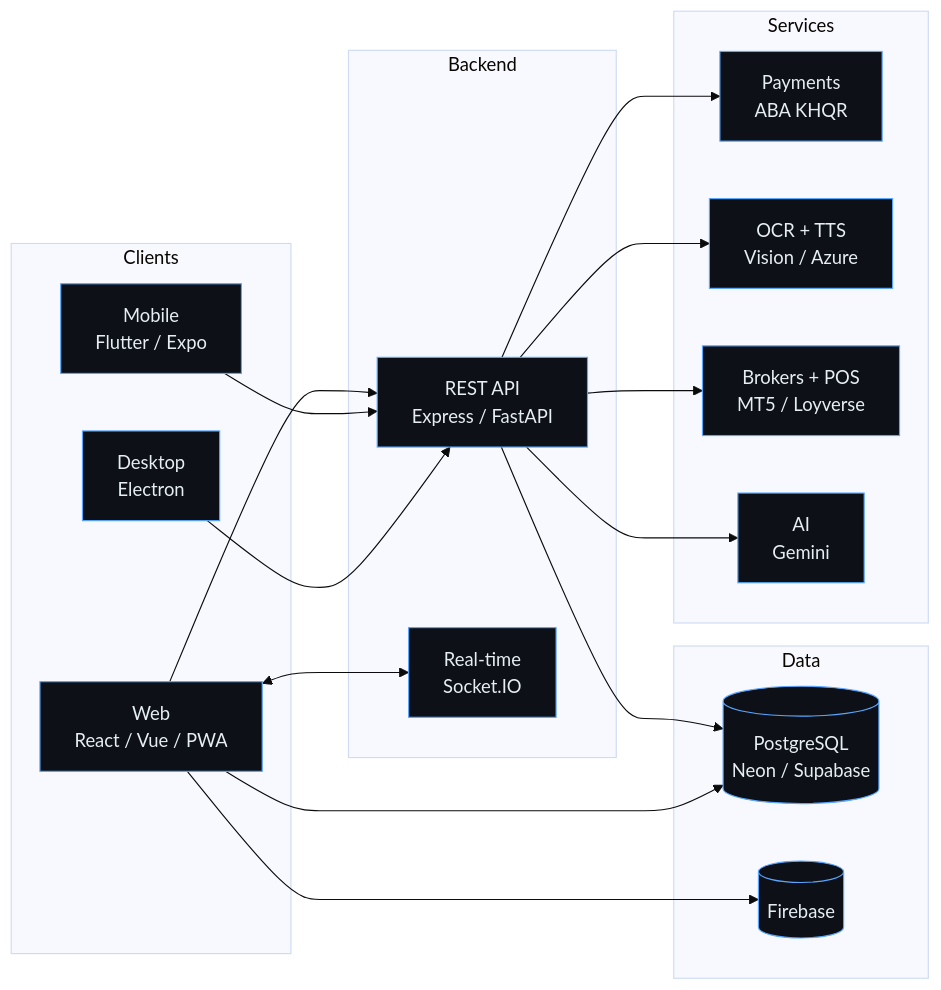
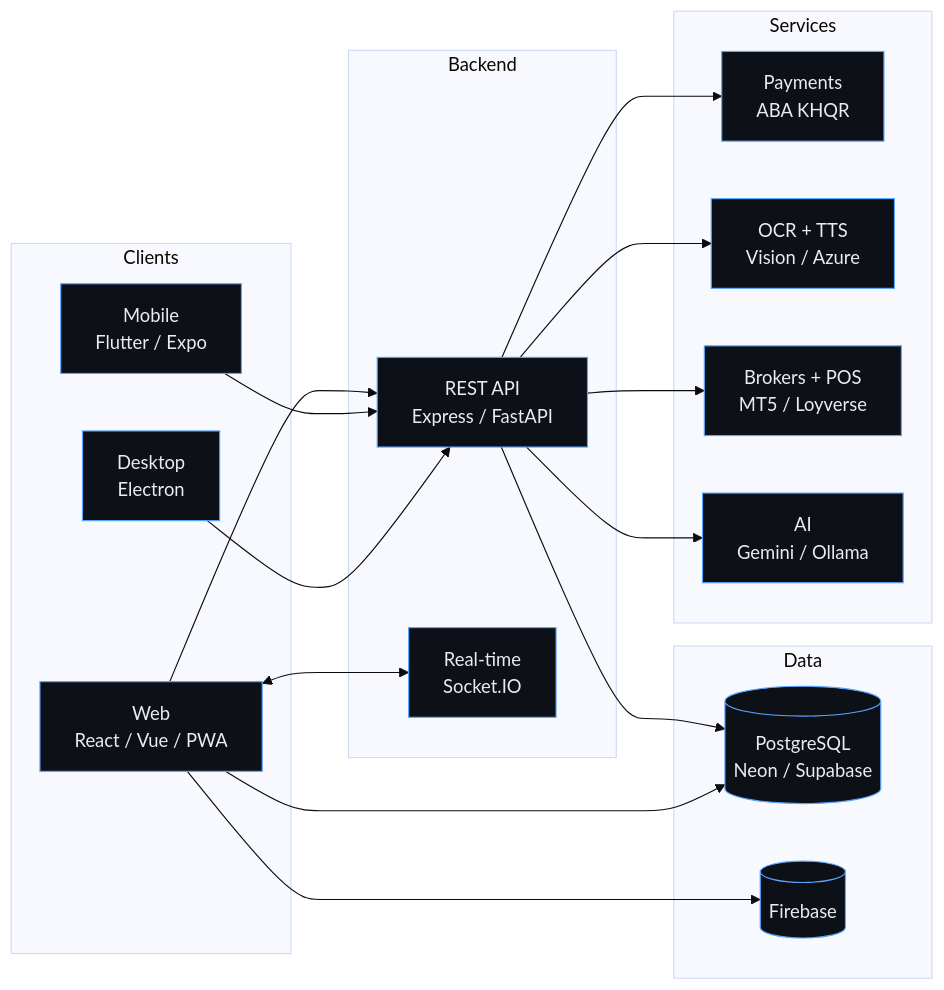
One commit to ThyrexGG/ThyrexGG changed the first of 2 diagrams in README.md. Above: the diagram before and after it, drawn with Mermaid (base theme). The commit also changed other lines of this file and 1 other file, not shown here.

````diff
--- a/README.md
+++ b/README.md
@@ -94,41 +102,41 @@
 ```mermaid
 flowchart LR
     subgraph Clients
         W["Web<br/>React / Vue / PWA"]
         M["Mobile<br/>Flutter / Expo"]
         D["Desktop<br/>Electron"]
     end
     subgraph Backend
         A["REST API<br/>Express / FastAPI"]
         S["Real-time<br/>Socket.IO"]
     end
     subgraph Data
         P[("PostgreSQL<br/>Neon / Supabase")]
         F[("Firebase")]
     end
     subgraph Services
         X["Payments<br/>ABA KHQR"]
         O["OCR + TTS<br/>Vision / Azure"]
         B["Brokers + POS<br/>MT5 / Loyverse"]
-        G["AI<br/>Gemini"]
+        G["AI<br/>Gemini / Ollama"]
     end
     W --> A
     M --> A
     D --> A
     W <--> S
     A --> P
     W --> P
     W --> F
     A --> X
     A --> O
     A --> B
     A --> G
     classDef c fill:#0d1117,stroke:#58a6ff,color:#e6edf3
     classDef b fill:#0d1117,stroke:#58a6ff,color:#e6edf3
     classDef d fill:#0d1117,stroke:#58a6ff,color:#e6edf3
     classDef s fill:#0d1117,stroke:#58a6ff,color:#e6edf3
     class W,M,D c
     class A,S b
     class P,F d
     class X,O,B,G s
 ```
````
